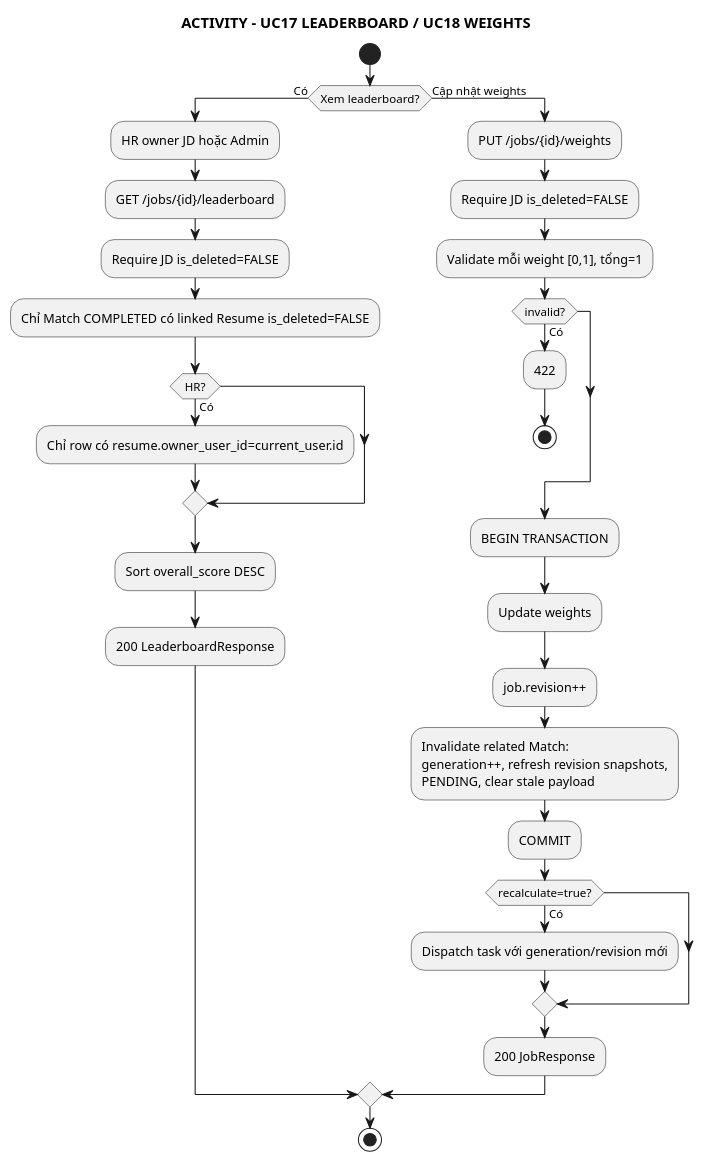
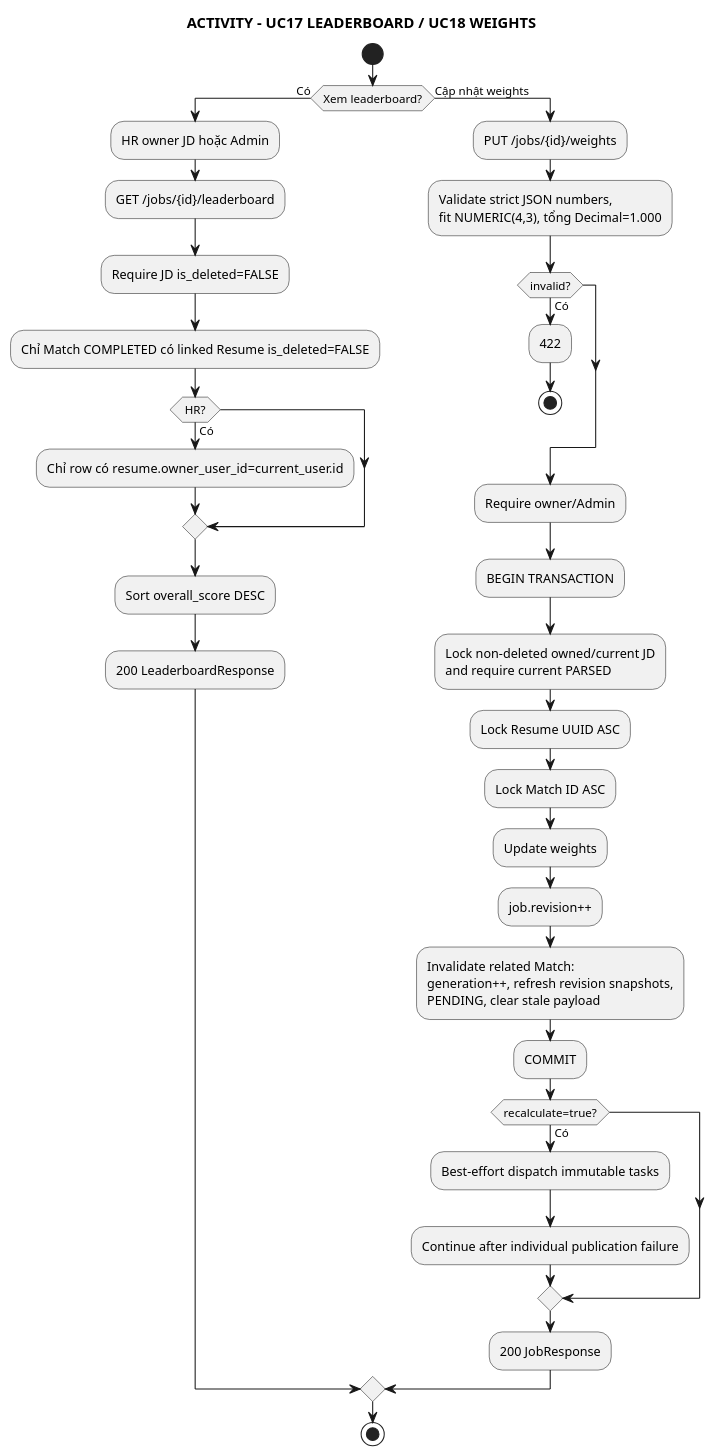
Before and after one commit to anh632k-ui/WebCVUngVienTuyenDung: the diagram in docs/03_activity/act_uc17_18_leaderboard_weights.puml, drawn with PlantUML. The commit also changed 13 other files, not shown here.

```diff
--- a/docs/03_activity/act_uc17_18_leaderboard_weights.puml
+++ b/docs/03_activity/act_uc17_18_leaderboard_weights.puml
@@ -1,38 +1,44 @@
 @startuml
 skinparam monochrome true
 skinparam shadowing false
 title ACTIVITY - UC17 LEADERBOARD / UC18 WEIGHTS
 
 start
 if (Xem leaderboard?) then (Có)
   :HR owner JD hoặc Admin;
   :GET /jobs/{id}/leaderboard;
   :Require JD is_deleted=FALSE;
   :Chỉ Match COMPLETED có linked Resume is_deleted=FALSE;
   if (HR?) then (Có)
     :Chỉ row có resume.owner_user_id=current_user.id;
   endif
   :Sort overall_score DESC;
   :200 LeaderboardResponse;
 else (Cập nhật weights)
   :PUT /jobs/{id}/weights;
-  :Require JD is_deleted=FALSE;
-  :Validate mỗi weight [0,1], tổng=1;
+  :Validate strict JSON numbers,
+fit NUMERIC(4,3), tổng Decimal=1.000;
   if (invalid?) then (Có)
     :422;
     stop
   endif
+  :Require owner/Admin;
   :BEGIN TRANSACTION;
+  :Lock non-deleted owned/current JD
+and require current PARSED;
+  :Lock Resume UUID ASC;
+  :Lock Match ID ASC;
   :Update weights;
   :job.revision++;
   :Invalidate related Match:
 generation++, refresh revision snapshots,
 PENDING, clear stale payload;
   :COMMIT;
   if (recalculate=true?) then (Có)
-    :Dispatch task với generation/revision mới;
+    :Best-effort dispatch immutable tasks;
+    :Continue after individual publication failure;
   endif
   :200 JobResponse;
 endif
 stop
 @enduml
```
